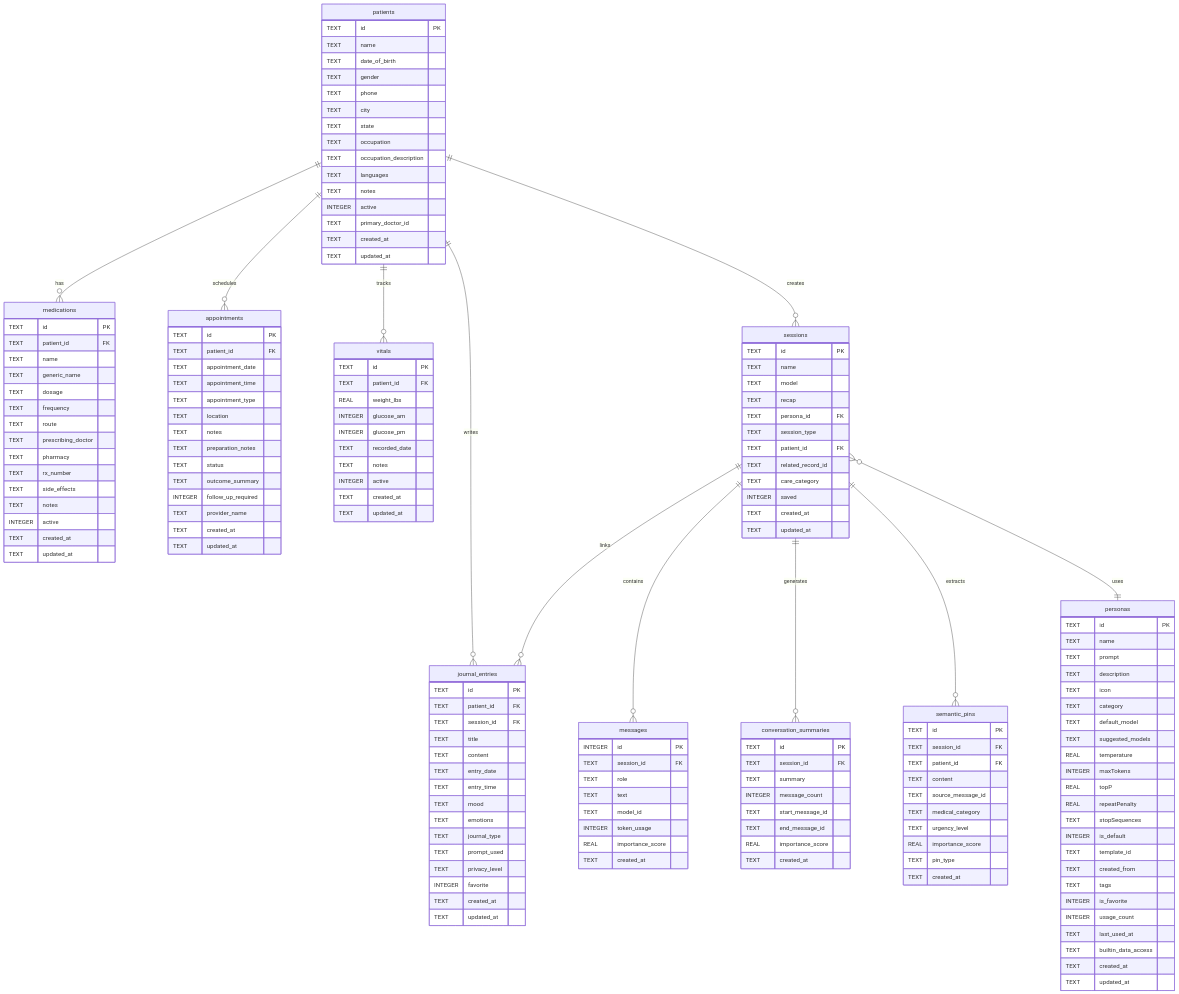
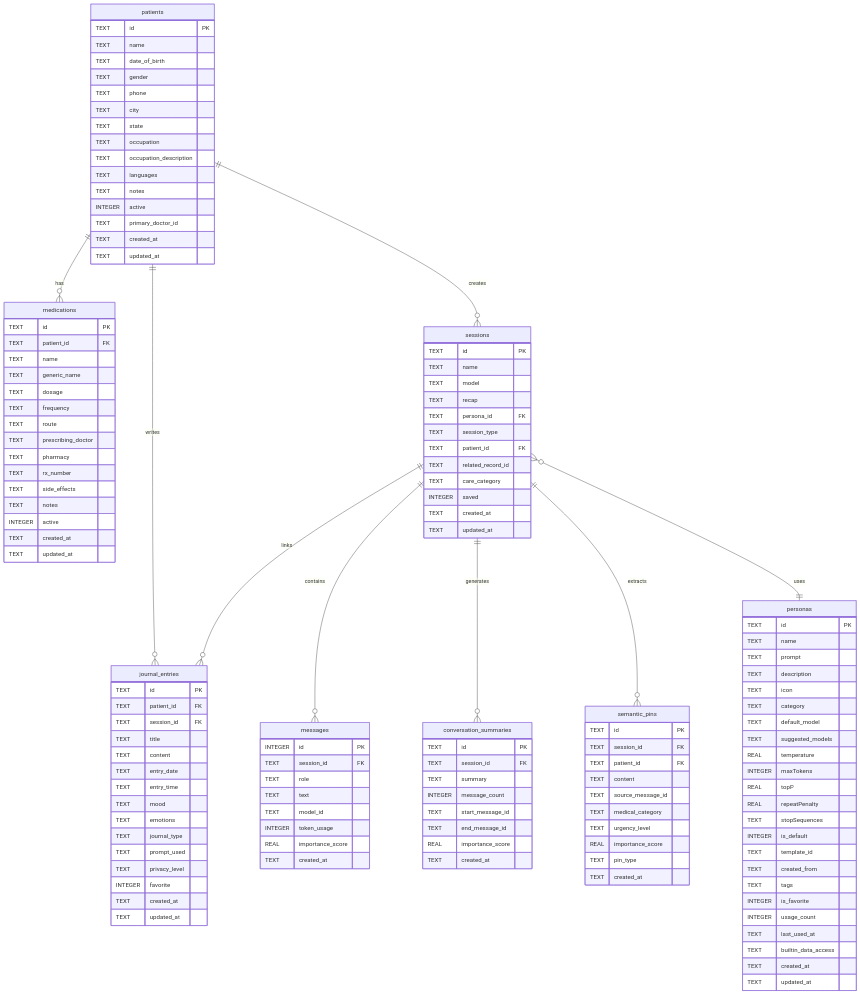
The diagram in docs/db/01-DATABASE-SCHEMA.md (Kalito-Labs/Luna), drawn with Mermaid before and after one commit. The commit also changed other lines of this file and 6 other files, not shown here.

````diff
--- a/docs/db/01-DATABASE-SCHEMA.md
+++ b/docs/db/01-DATABASE-SCHEMA.md
@@ -28,9 +27,7 @@
 ```mermaid
 erDiagram
     patients ||--o{ medications : "has"
-    patients ||--o{ appointments : "schedules"
     patients ||--o{ journal_entries : "writes"
-    patients ||--o{ vitals : "tracks"
     patients ||--o{ sessions : "creates"
     
     sessions ||--o{ messages : "contains"
@@ -75,23 +72,6 @@
         TEXT updated_at
     }
     
-    appointments {
-        TEXT id PK
-        TEXT patient_id FK
-        TEXT appointment_date
-        TEXT appointment_time
-        TEXT appointment_type
-        TEXT location
-        TEXT notes
-        TEXT preparation_notes
-        TEXT status
-        TEXT outcome_summary
-        INTEGER follow_up_required
-        TEXT provider_name
-        TEXT created_at
-        TEXT updated_at
-    }
-    
     journal_entries {
         TEXT id PK
         TEXT patient_id FK
@@ -106,19 +86,6 @@
         TEXT prompt_used
         TEXT privacy_level
         INTEGER favorite
-        TEXT created_at
-        TEXT updated_at
-    }
-    
-    vitals {
-        TEXT id PK
-        TEXT patient_id FK
-        REAL weight_lbs
-        INTEGER glucose_am
-        INTEGER glucose_pm
-        TEXT recorded_date
-        TEXT notes
-        INTEGER active
         TEXT created_at
         TEXT updated_at
     }
````
